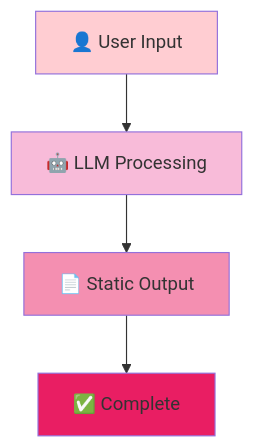
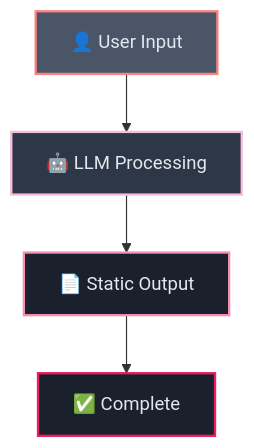
One commit to josemlopez/prompt_tutorial changed the third of 6 diagrams in Part_II_Section_4_From_Instruction_to_Autonomous_System.md. Above: the diagram before and after it, drawn with Mermaid. The commit also changed other lines of this file and 7 other files, not shown here.

````diff
--- a/Part_II_Section_4_From_Instruction_to_Autonomous_System.md
+++ b/Part_II_Section_4_From_Instruction_to_Autonomous_System.md
@@ -75,11 +79,11 @@
 ```mermaid
 graph TD
-    A[👤 User Input] --> B[🤖 LLM Processing]
-    B --> C[📄 Static Output]
-    C --> D[✅ Complete]
-    
-    style A fill:#ffcdd2
-    style B fill:#f8bbd9
-    style C fill:#f48fb1
-    style D fill:#e91e63
+   A[👤 User Input] --> B[🤖 LLM Processing]
+   B --> C[📄 Static Output]
+   C --> D[✅ Complete]
+   
+   style A fill:#4a5568,stroke:#fc8181,stroke-width:2px,color:#e2e8f0
+   style B fill:#2d3748,stroke:#f8bbd9,stroke-width:2px,color:#e2e8f0
+   style C fill:#1a202c,stroke:#f48fb1,stroke-width:2px,color:#e2e8f0
+   style D fill:#1a202c,stroke:#e91e63,stroke-width:2px,color:#e2e8f0
 ```
````
